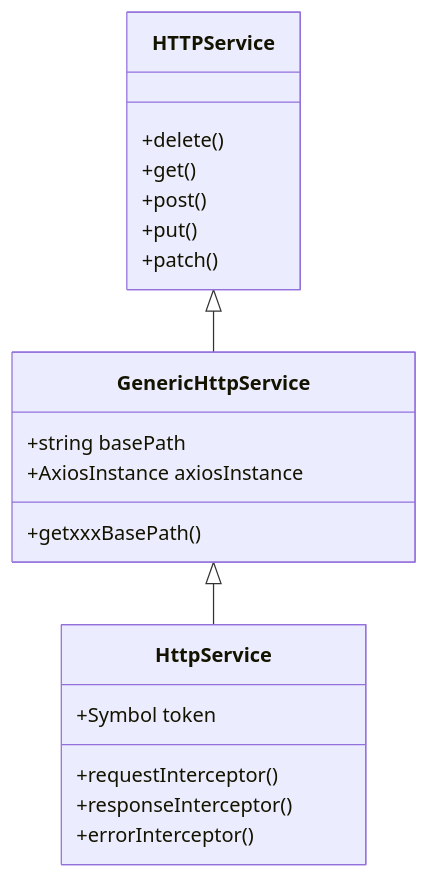
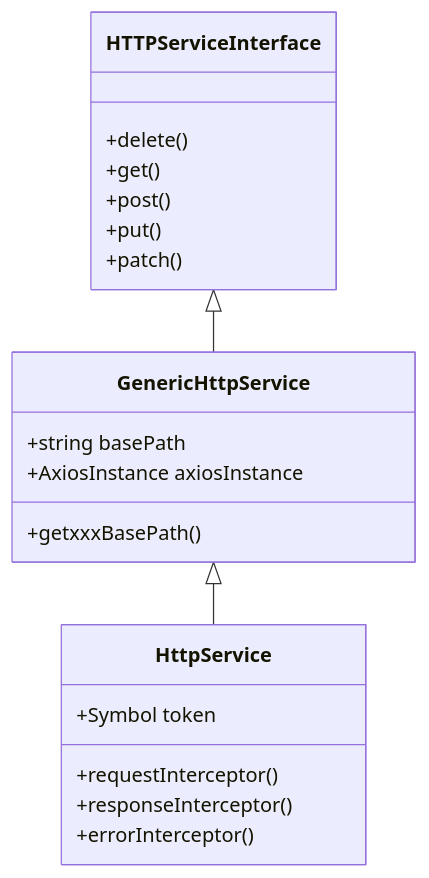
Before and after one commit to honggzb/Study-General: the diagram in React/Third-party-lib/tsyringe+axios/readme.md, drawn with Mermaid.

Commit message:
Update HTTPService to use interface notation

````diff
--- a/React/Third-party-lib/tsyringe+axios/readme.md
+++ b/React/Third-party-lib/tsyringe+axios/readme.md
@@ -21,22 +21,22 @@
 ```mermaid
 classDiagram
-    HTTPService: +delete()
-    HTTPService: +get()
-    HTTPService: +post()
-    HTTPService: +put()
-    HTTPService: +patch()
-    HTTPService <|-- GenericHttpService
+    HTTPService Interface: +delete()
+    HTTPService Interface: +get()
+    HTTPService Interface: +post()
+    HTTPService Interface: +put()
+    HTTPService Interface: +patch()
+    HTTPService Interface <|-- GenericHttpService
     GenericHttpService <|--HttpService
     class GenericHttpService{
       +string basePath
       +AxiosInstance axiosInstance
       +getxxxBasePath()
         
     }
     class HttpService{
         +Symbol token
         +requestInterceptor()
         +responseInterceptor()
         +errorInterceptor()
     }
 ```
````
